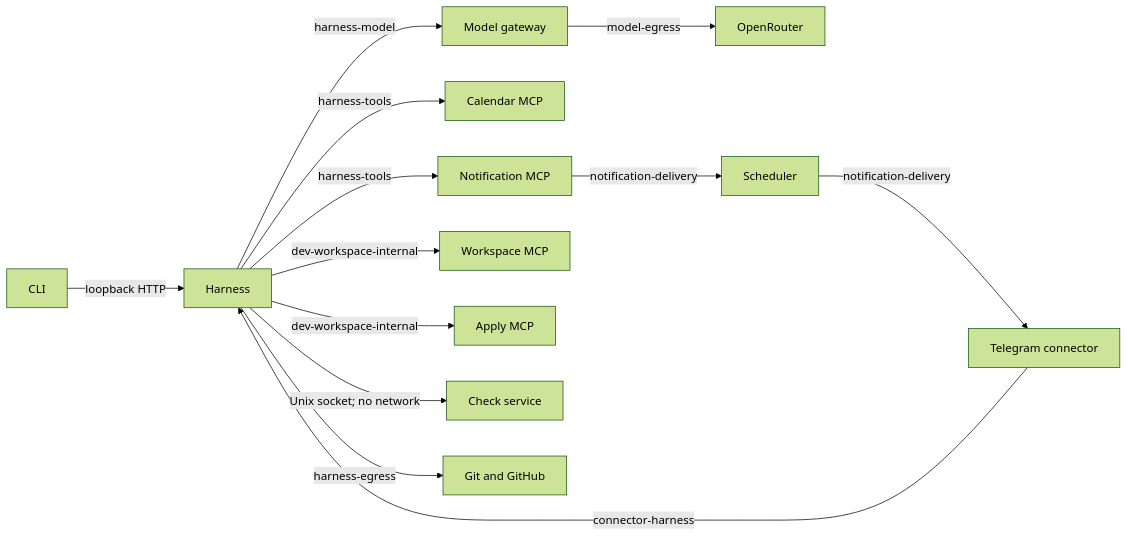
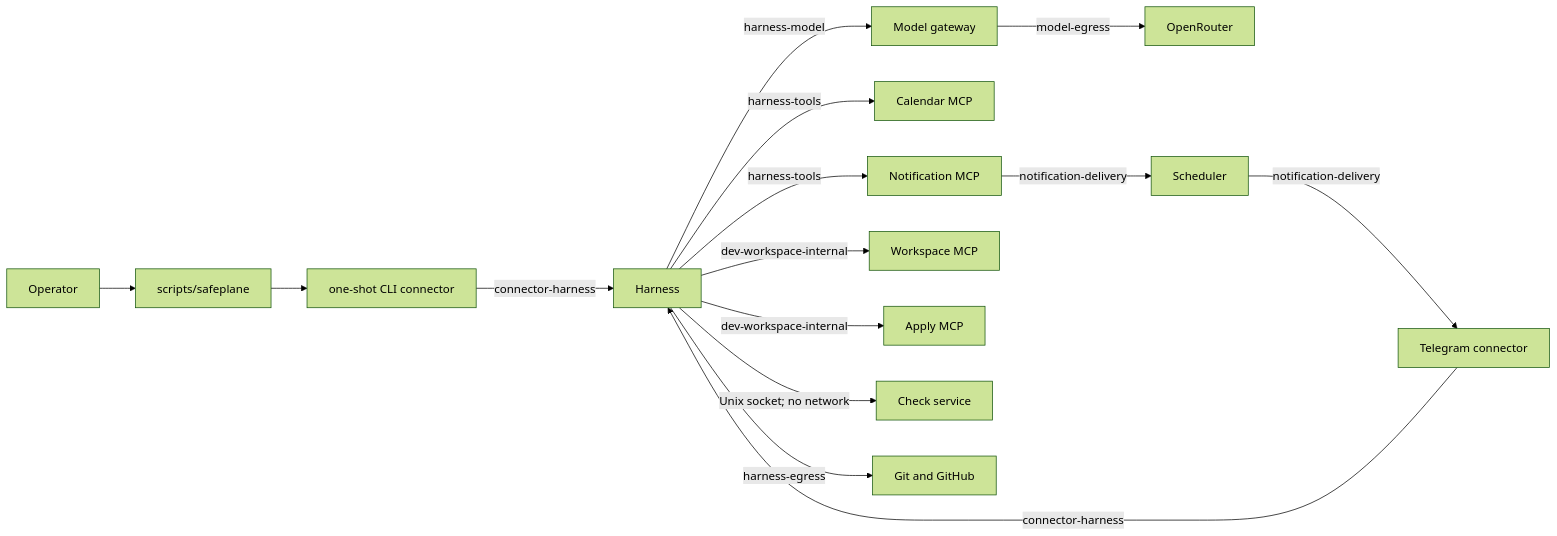
The diagram in docs/security/runtime-boundaries.md (stefanrossmeier/safeplane), drawn with Mermaid (forest theme) before and after one commit. The commit also changed other lines of this file and 83 other files, not shown here.

Commit message:
Make cli connector explicit

````diff
--- a/docs/security/runtime-boundaries.md
+++ b/docs/security/runtime-boundaries.md
@@ -20,15 +20,17 @@
 ```mermaid
 flowchart LR
-    CLI[CLI] -->|loopback HTTP| H[Harness]
+    OP[Operator] --> L[scripts/safeplane]
+    L --> CLI[one-shot CLI connector]
+    CLI -->|connector-harness| H[Harness]
     TG[Telegram connector] -->|connector-harness| H
     H -->|harness-model| MG[Model gateway]
     MG -->|model-egress| OR[OpenRouter]
     H -->|harness-tools| CAL[Calendar MCP]
     H -->|harness-tools| NOTIF[Notification MCP]
     NOTIF -->|notification-delivery| SCH[Scheduler]
     SCH -->|notification-delivery| TG
     H -->|dev-workspace-internal| READ[Workspace MCP]
     H -->|dev-workspace-internal| APPLY[Apply MCP]
     H -->|Unix socket; no network| CHECK[Check service]
     H -->|harness-egress| GIT[Git and GitHub]
 ```
````
